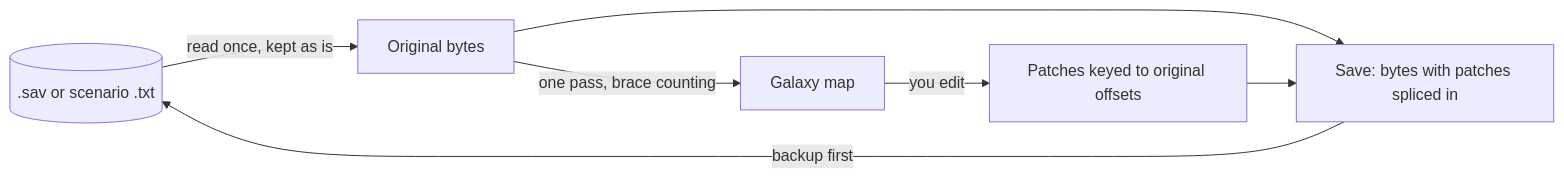
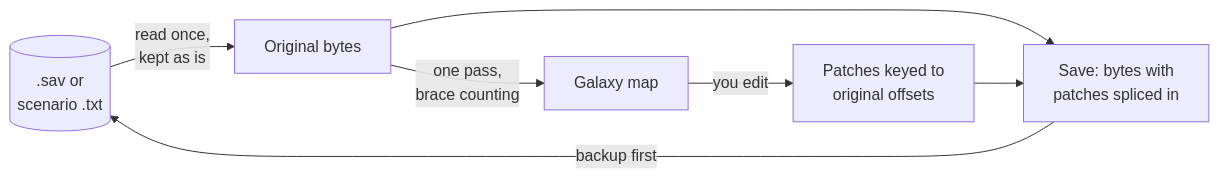
Before and after one commit to IanHeinrich/stellaris-galaxy-forge: the diagram in README.md, drawn with Mermaid. The commit also changed 1 other file, not shown here.

Commit message:
Wrap the diagram labels so GitHub shows them whole

````diff
--- a/README.md
+++ b/README.md
@@ -393,9 +393,9 @@
 ```mermaid
 flowchart LR
-  File[(.sav or scenario .txt)] -->|read once, kept as is| Bytes[Original bytes]
-  Bytes -->|one pass, brace counting| Map[Galaxy map]
-  Map -->|you edit| Patches[Patches keyed to original offsets]
-  Bytes --> Save[Save: bytes with patches spliced in]
+  File[(".sav or<br/>scenario .txt")] -->|"read once,<br/>kept as is"| Bytes["Original bytes"]
+  Bytes -->|"one pass,<br/>brace counting"| Map["Galaxy map"]
+  Map -->|"you edit"| Patches["Patches keyed to<br/>original offsets"]
+  Bytes --> Save["Save: bytes with<br/>patches spliced in"]
   Patches --> Save
-  Save -->|backup first| File
+  Save -->|"backup first"| File
 ```
````
